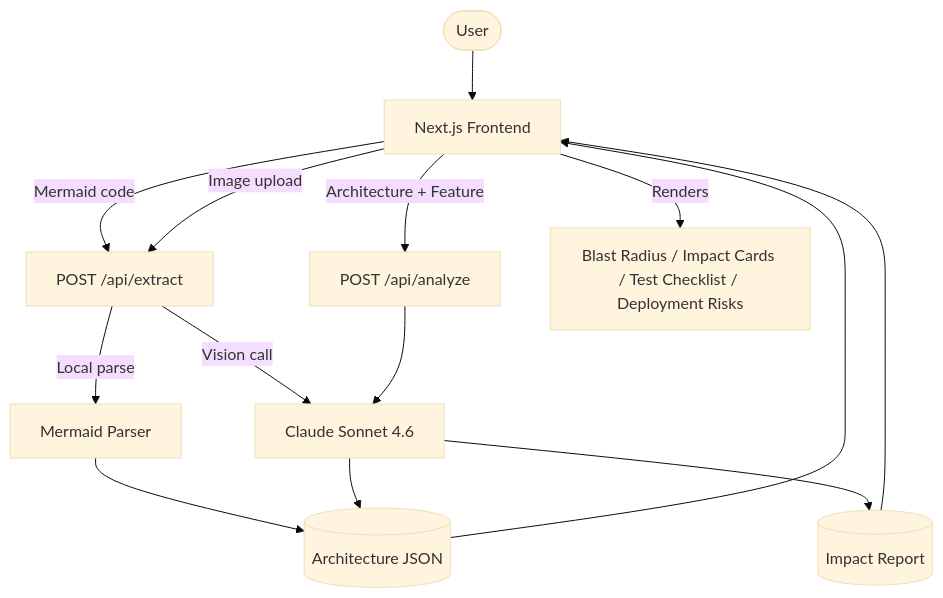
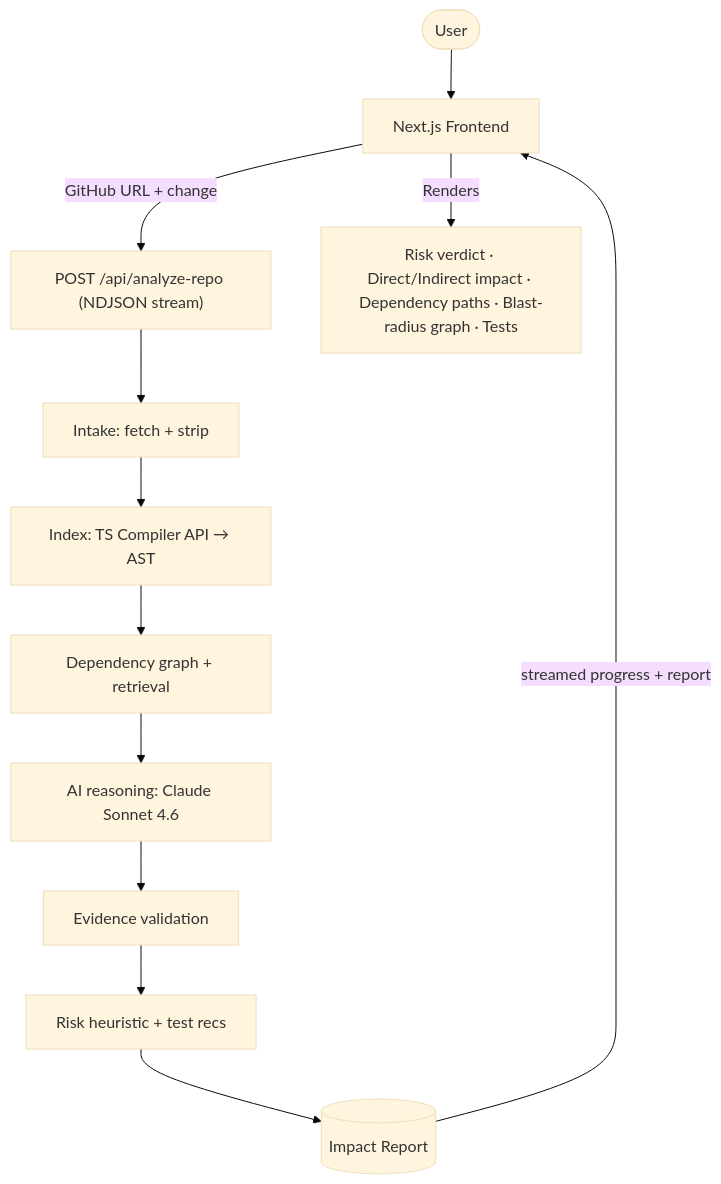
The diagram in README.md (KJChandru/ImpactIQ), drawn with Mermaid (base theme) before and after one commit. The commit also changed other lines of this file, not shown here.

First line of the commit message:
Rewrite README for the real-codebase product + live URL

````diff
--- a/README.md
+++ b/README.md
@@ -109,16 +97,14 @@
 ```mermaid
 graph TD
   User([User]) --> FE[Next.js Frontend]
-  FE --> |Mermaid code| Extract[POST /api/extract]
-  FE --> |Image upload| Extract
-  Extract --> |Local parse| MP[Mermaid Parser]
-  Extract --> |Vision call| Claude[Claude Sonnet 4.6]
-  MP --> Arch[(Architecture JSON)]
-  Claude --> Arch
-  Arch --> FE
-  FE --> |Architecture + Feature| Analyze[POST /api/analyze]
-  Analyze --> Claude
-  Claude --> Report[(Impact Report)]
-  Report --> FE
-  FE --> |Renders| UI[Blast Radius / Impact Cards / Test Checklist / Deployment Risks]
+  FE --> |"GitHub URL + change"| API["POST /api/analyze-repo (NDJSON stream)"]
+  API --> Intake[Intake: fetch + strip]
+  Intake --> Index[Index: TS Compiler API → AST]
+  Index --> Graph[Dependency graph + retrieval]
+  Graph --> Reason[AI reasoning: Claude Sonnet 4.6]
+  Reason --> Validate[Evidence validation]
+  Validate --> Risk[Risk heuristic + test recs]
+  Risk --> Report[(Impact Report)]
+  Report --> |streamed progress + report| FE
+  FE --> |Renders| UI["Risk verdict · Direct/Indirect impact · Dependency paths · Blast-radius graph · Tests"]
 ```
````
